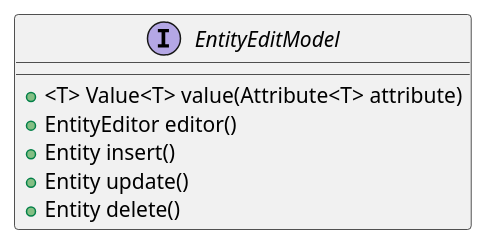
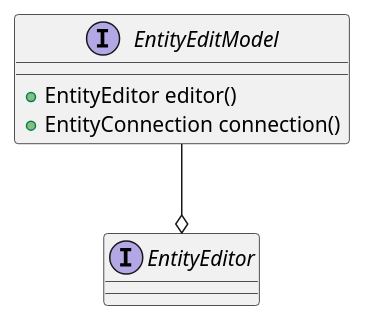
Before and after one commit to codion-is/codion: the diagram in documentation/src/docs/asciidoc/manual/framework-entity-edit-model.adoc, drawn with PlantUML. The commit also changed other lines of this file and 43 other files, not shown here.

```diff
--- a/documentation/src/docs/asciidoc/manual/framework-entity-edit-model.adoc
+++ b/documentation/src/docs/asciidoc/manual/framework-entity-edit-model.adoc
@@ -6,12 +7,11 @@
 [plantuml,entity-edit-model-diagram,svg,align=center]
 -------------------------------------------
-skinparam genericDisplay old
+interface EntityEditModel {
+    +EntityEditor editor()
+    +EntityConnection connection()
+}
 
-interface EntityEditModel {
-    +<T> Value<T> value(Attribute<T> attribute)
-    +EntityEditor editor()
-    +Entity insert()
-    +Entity update()
-    +Entity delete()
-}
+interface EntityEditor {}
+
+EntityEditModel --o EntityEditor
 -------------------------------------------
```
